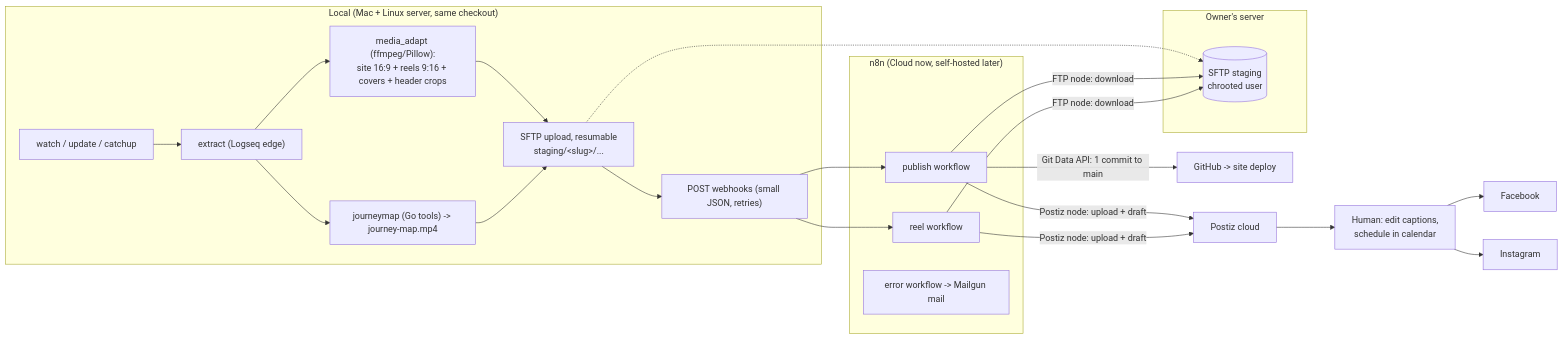
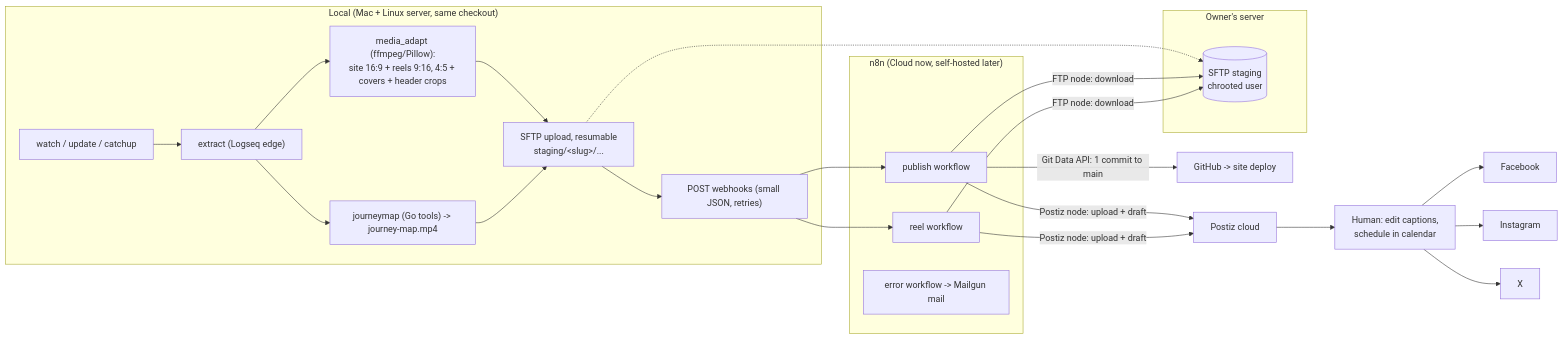
One commit to bbaumgartner/syndicator changed the diagram in docs/n8n-migration.md. Above: the diagram before and after it, drawn with Mermaid. The commit also changed other lines of this file, not shown here.

````diff
--- a/docs/n8n-migration.md
+++ b/docs/n8n-migration.md
@@ -59,25 +59,25 @@
 ```mermaid
 flowchart LR
     subgraph Local["Local (Mac + Linux server, same checkout)"]
         M["watch / update / catchup"] --> X["extract (Logseq edge)"]
-        X --> A["media_adapt (ffmpeg/Pillow):\nsite 16:9 + reels 9:16 + covers + header crops"]
+        X --> A["media_adapt (ffmpeg/Pillow):\nsite 16:9 + reels 9:16, 4:5 + covers + header crops"]
         X --> J["journeymap (Go tools) -> journey-map.mp4"]
         A & J --> U["SFTP upload, resumable\nstaging/&lt;slug&gt;/..."]
         U --> W["POST webhooks (small JSON, retries)"]
     end
     subgraph Server["Owner's server"]
         S[("SFTP staging\nchrooted user")]
     end
     subgraph n8n["n8n (Cloud now, self-hosted later)"]
         WF1["publish workflow"]
         WF2["reel workflow"]
         WFE["error workflow -> Mailgun mail"]
     end
     U -.-> S
     W --> WF1 & WF2
     WF1 & WF2 -->|"FTP node: download"| S
     WF1 -->|"Git Data API: 1 commit to main"| GH["GitHub -> site deploy"]
     WF1 & WF2 -->|"Postiz node: upload + draft"| PZ["Postiz cloud"]
     PZ --> H["Human: edit captions,\nschedule in calendar"]
-    H --> FB["Facebook"] & IG["Instagram"]
+    H --> FB["Facebook"] & IG["Instagram"] & XP["X"]
 ```
````
